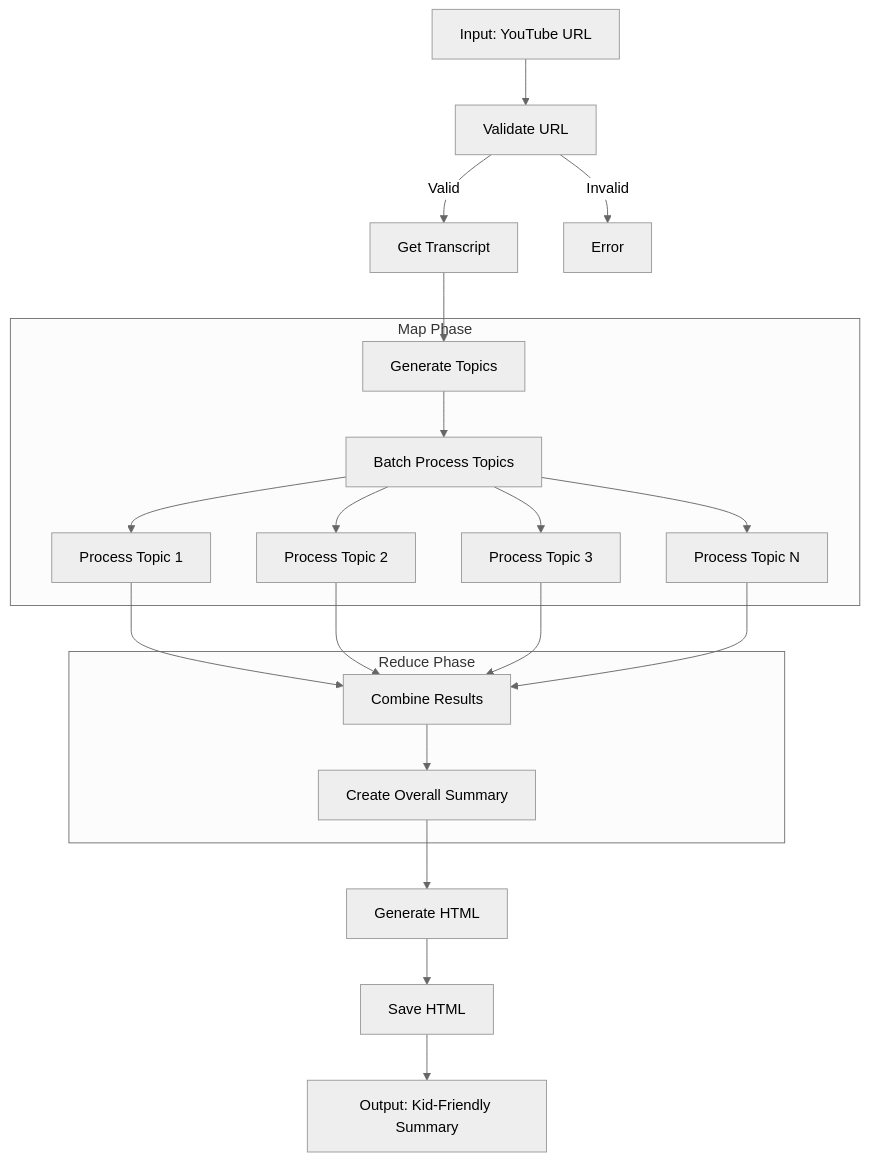
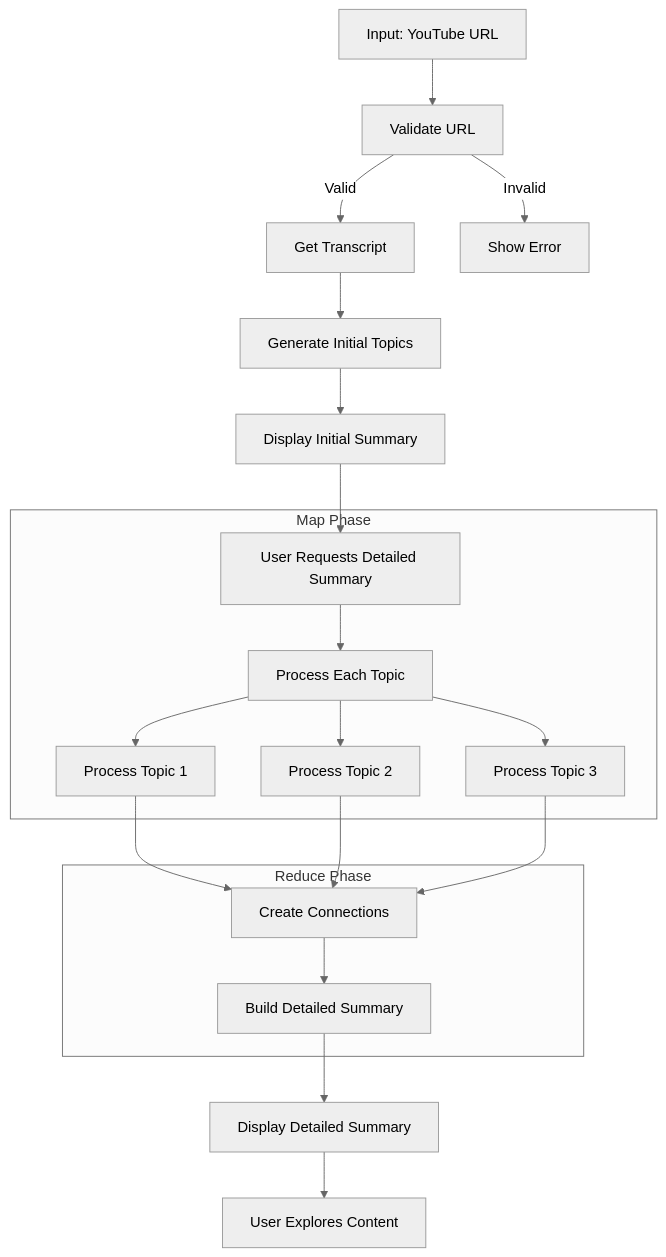
The diagram in design.md (adityasoni99/YoutubeSummarizerKidsExtension), drawn with Mermaid (neutral theme) before and after one commit. The commit also changed other lines of this file and 2 other files, not shown here.

````diff
--- a/design.md
+++ b/design.md
@@ -272,28 +451,28 @@
 ```mermaid
 flowchart TD
     start[Input: YouTube URL] --> validate[Validate URL]
     validate -->|Valid| transcript[Get Transcript]
-    validate -->|Invalid| error[Error]
+    validate -->|Invalid| error[Show Error]
     
-    transcript --> topics[Generate Topics]
+    transcript --> topics[Generate Initial Topics]
+    topics --> display1[Display Initial Summary]
+    
+    display1 --> request[User Requests Detailed Summary]
     
     subgraph map[Map Phase]
-        topics --> batch[Batch Process Topics]
-        batch --> topic1[Process Topic 1]
-        batch --> topic2[Process Topic 2]
-        batch --> topic3[Process Topic 3]
-        batch --> topicN[Process Topic N]
+        request --> processTopics[Process Each Topic]
+        processTopics --> topic1[Process Topic 1]
+        processTopics --> topic2[Process Topic 2]
+        processTopics --> topic3[Process Topic 3]
     end
     
     subgraph reduce[Reduce Phase]
-        topic1 --> combine[Combine Results]
+        topic1 --> combine[Create Connections]
         topic2 --> combine
         topic3 --> combine
-        topicN --> combine
-        combine --> summary[Create Overall Summary]
+        combine --> detailed[Build Detailed Summary]
     end
     
-    summary --> html[Generate HTML]
-    html --> save[Save HTML]
-    save --> output[Output: Kid-Friendly Summary]
+    detailed --> display2[Display Detailed Summary]
+    display2 --> interact[User Explores Content]
 ```
````
